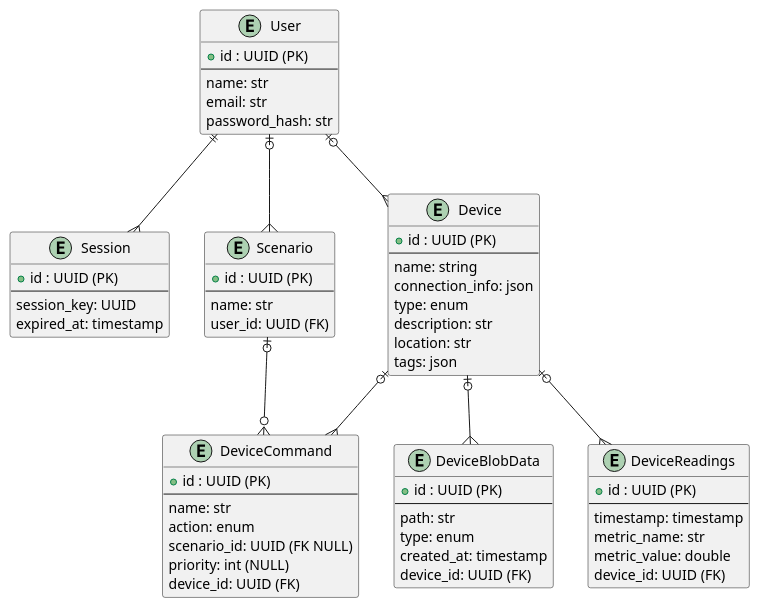
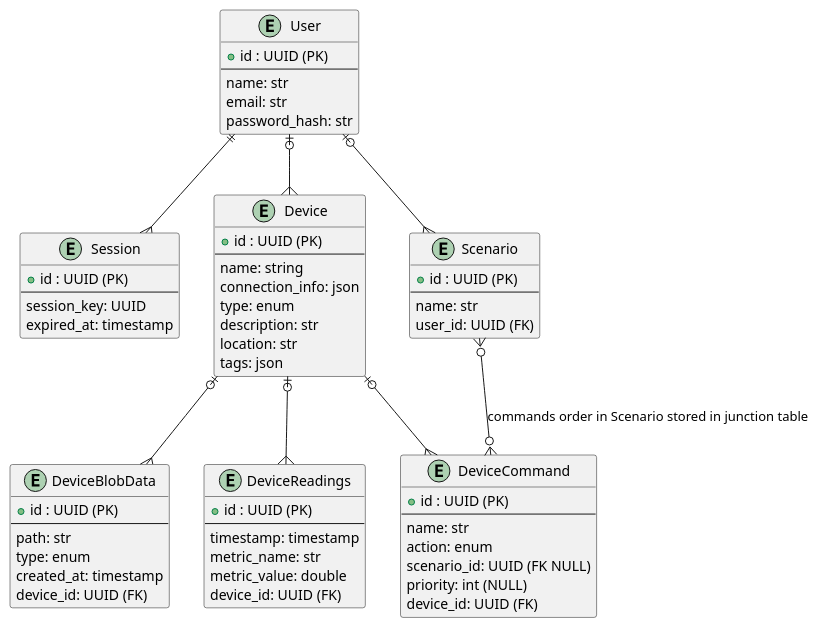
Before and after one commit to AdayevKP/warmhouse: the diagram in schemas/diagrams/er/smarthouse.puml, drawn with PlantUML. The commit also changed 1 other file, not shown here.

Commit message:
edit er diagram

```diff
--- a/schemas/diagrams/er/smarthouse.puml
+++ b/schemas/diagrams/er/smarthouse.puml
@@ -1,72 +1,72 @@
 @startuml
 entity User {
     +id : UUID (PK)
     --
     name: str
     email: str
     password_hash: str
 }
 
 entity Session {
     +id : UUID (PK)
     --
     session_key: UUID
     expired_at: timestamp
 }
 
 entity Device {
     +id : UUID (PK)
     --
     name: string
     connection_info: json
     type: enum
     description: str
     location: str
     tags: json
 }
 
 entity Scenario {
     +id : UUID (PK)
     --
     name: str
     user_id: UUID (FK)
 }
 entity DeviceCommand {
     +id : UUID (PK)
     --
     name: str
     action: enum
     scenario_id: UUID (FK NULL)
     priority: int (NULL)
     device_id: UUID (FK)
 }
 
 entity DeviceBlobData {
     +id : UUID (PK)
     --
     path: str
     type: enum
     created_at: timestamp
     device_id: UUID (FK)
 }
 
 entity DeviceReadings {
     +id : UUID (PK)
     --
     timestamp: timestamp
     metric_name: str
     metric_value: double
     device_id: UUID (FK)
 }
 
 User |o--{ Scenario
 User ||--{ Session
 User |o--{ Device
 
 Device |o--{ DeviceCommand
 Device |o--{ DeviceBlobData
 Device |o--{ DeviceReadings
-Scenario |o--o{ DeviceCommand
+Scenario }o--o{ DeviceCommand : commands order in Scenario stored in junction table
 
 
 @enduml
```
